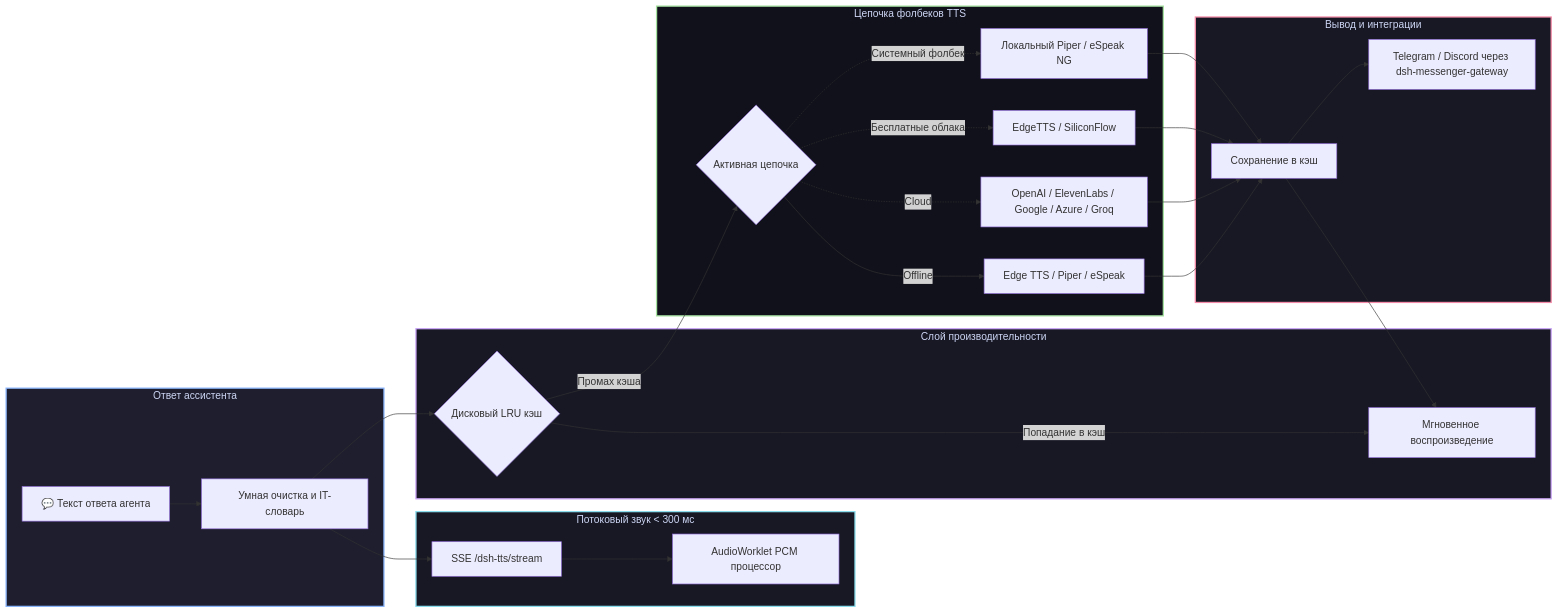
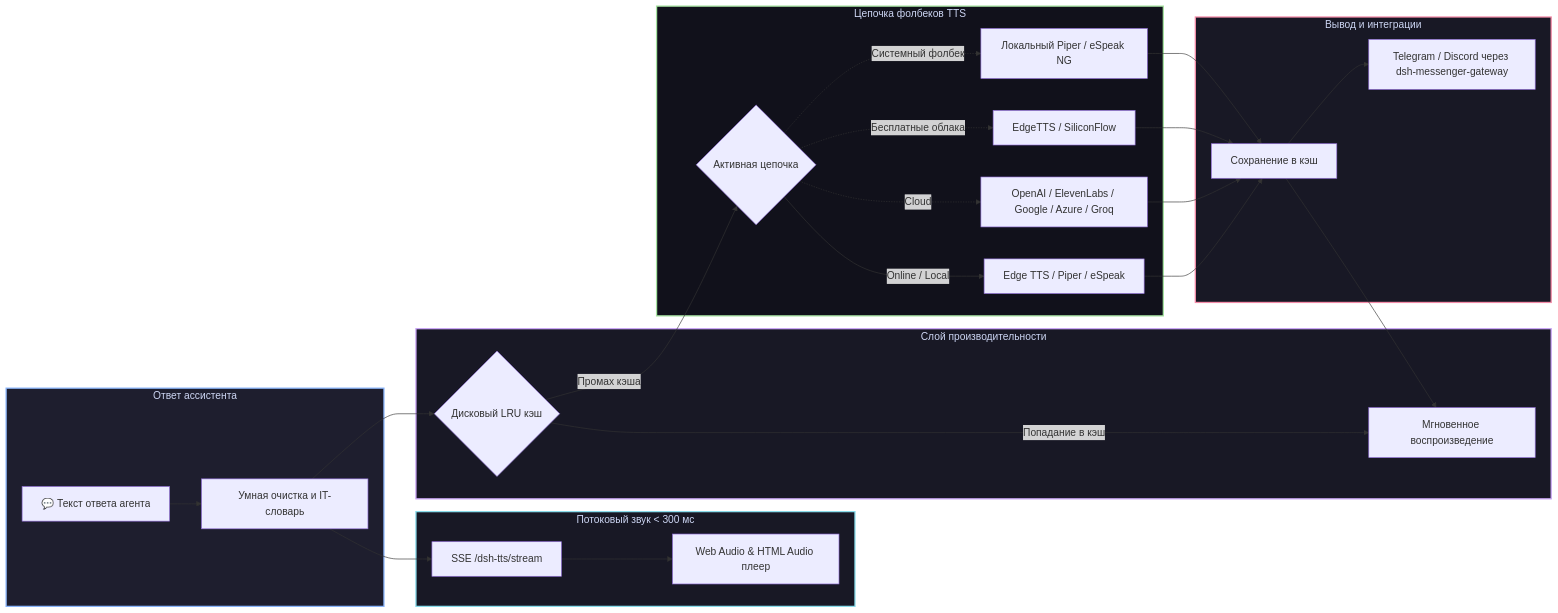
Before and after one commit to GooDAnDReaDY/dsh-tts: the diagram in README.ru.md, drawn with Mermaid. The commit also changed other lines of this file and 19 other files, not shown here.

````diff
--- a/README.ru.md
+++ b/README.ru.md
@@ -46,39 +46,39 @@
 ```mermaid
 graph LR
     subgraph Input [Ответ ассистента]
         Reply[💬 Текст ответа агента] --> Scrub[Умная очистка и IT-словарь]
     end
 
     subgraph Stream [Потоковый звук < 300 мс]
         Scrub --> SSE[SSE /dsh-tts/stream]
-        SSE --> Worklet[AudioWorklet PCM процессор]
+        SSE --> Player[Web Audio & HTML Audio плеер]
     end
 
     subgraph Cache [Слой производительности]
         Scrub --> LRU{Дисковый LRU кэш}
         LRU -->|Попадание в кэш| Play[Мгновенное воспроизведение]
     end
 
     subgraph Fallback [Цепочка фолбеков TTS]
         LRU -->|Промах кэша| Chain{Активная цепочка}
-        Chain -->|Offline| P1[Edge TTS / Piper / eSpeak]
+        Chain -->|Online / Local| P1[Edge TTS / Piper / eSpeak]
         Chain -.->|Cloud| P2[OpenAI / ElevenLabs / Google / Azure / Groq]
         Chain -.->|Бесплатные облака| P3[EdgeTTS / SiliconFlow]
         Chain -.->|Системный фолбек| P4[Локальный Piper / eSpeak NG]
     end
 
     subgraph Output [Вывод и интеграции]
         P1 --> Store[Сохранение в кэш]
         P2 --> Store
         P3 --> Store
         P4 --> Store
         Store --> Play
         Store --> Msg[Telegram / Discord через dsh-messenger-gateway]
     end
 
     style Input fill:#1e1e2e,stroke:#89b4fa,stroke-width:2px,color:#cdd6f4
     style Stream fill:#181825,stroke:#89dceb,stroke-width:2px,color:#cdd6f4
     style Cache fill:#181825,stroke:#cba6f7,stroke-width:2px,color:#cdd6f4
     style Fallback fill:#11111b,stroke:#a6e3a1,stroke-width:2px,color:#cdd6f4
     style Output fill:#181825,stroke:#f38ba8,stroke-width:2px,color:#cdd6f4
 ```
````
